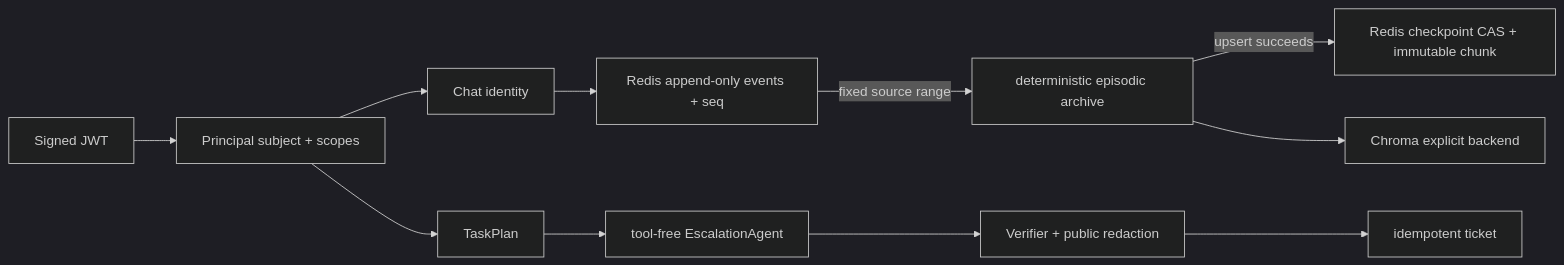
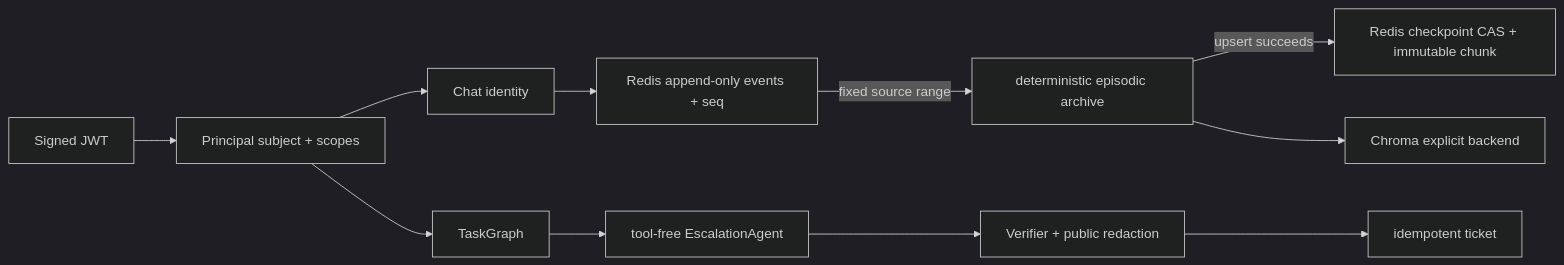
Before and after one commit to Garrulus21yyx/DialogPilot: the seventh of 11 diagrams in docs/full-architecture-tutorial.zh-CN.md, drawn with Mermaid (dark theme). The commit also changed other lines of this file and 9 other files, not shown here.

````diff
--- a/docs/full-architecture-tutorial.zh-CN.md
+++ b/docs/full-architecture-tutorial.zh-CN.md
@@ -1739,13 +1748,13 @@
 ```mermaid
 flowchart LR
     J[Signed JWT] --> P[Principal subject + scopes]
     P --> C[Chat identity]
     C --> W[Redis append-only events + seq]
     W -->|fixed source range| A[deterministic episodic archive]
     A -->|upsert succeeds| X[Redis checkpoint CAS + immutable chunk]
     A --> E[Chroma explicit backend]
-    P --> O[TaskPlan]
+    P --> O[TaskGraph]
     O --> H[tool-free EscalationAgent]
     H --> V[Verifier + public redaction]
     V --> T[idempotent ticket]
 ```
````
